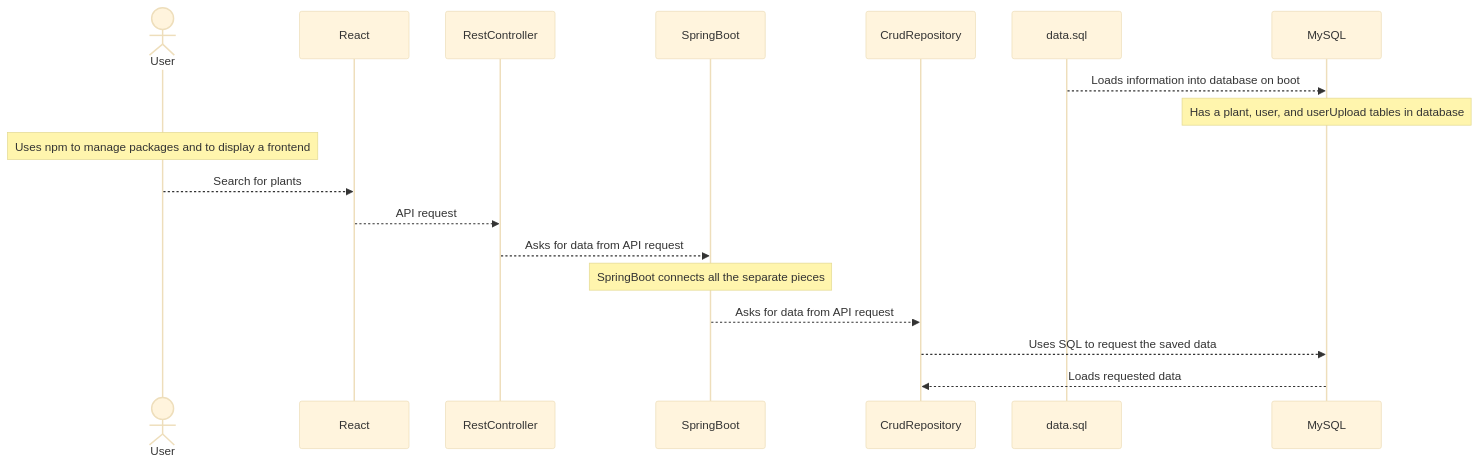
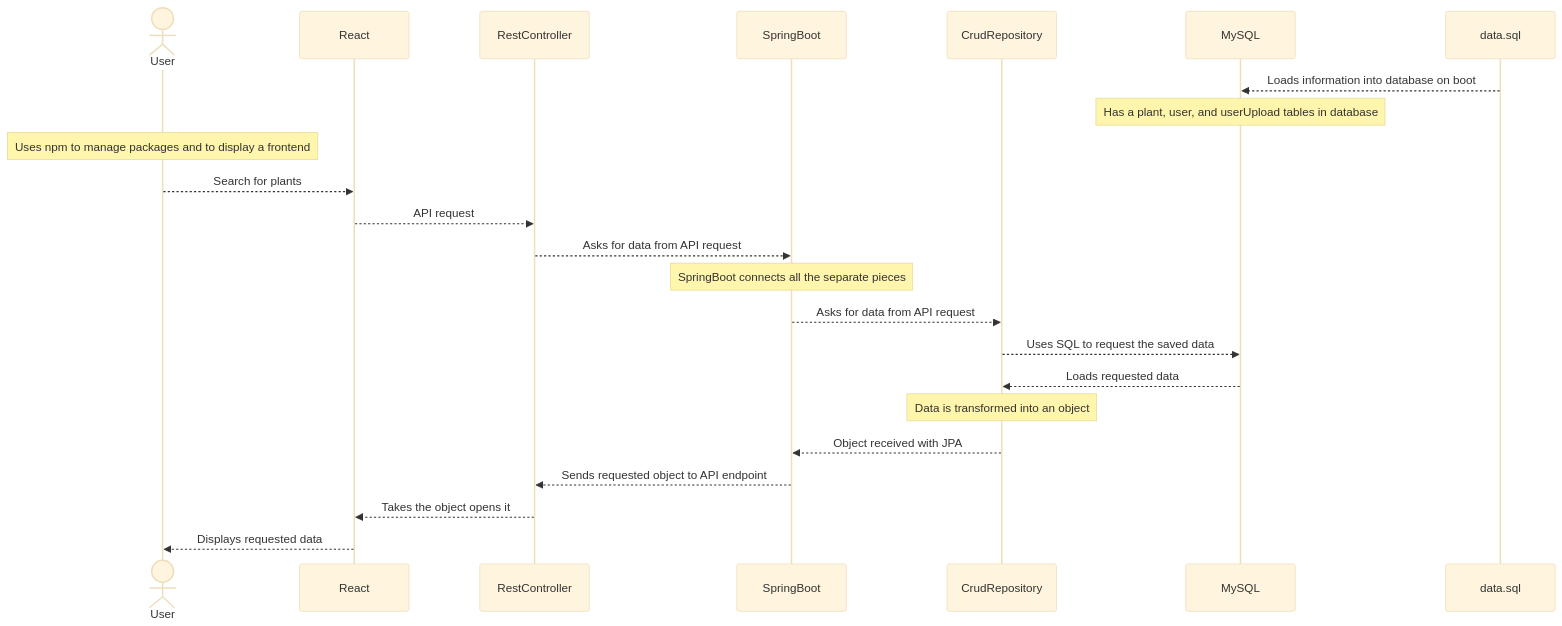
Before and after one commit to dawsonblack/UIP: the diagram in README.md, drawn with Mermaid (base theme).

````diff
--- a/README.md
+++ b/README.md
@@ -69,26 +69,33 @@
 ``` mermaid
 sequenceDiagram
 
 actor User
 participant React
 participant RestController
 participant SpringBoot
 participant CrudRepository
+participant MySQL
 participant data.sql
-participant MySQL
+
 
 data.sql -->> MySQL: Loads information into database on boot
 note over MySQL: Has a plant, user, and userUpload tables in database
 note over User: Uses npm to manage packages and to display a frontend
 
 User -->> React: Search for plants
 React -->> RestController: API request
 RestController -->> SpringBoot: Asks for data from API request
 note over SpringBoot: SpringBoot connects all the separate pieces
 
 SpringBoot -->> CrudRepository: Asks for data from API request
 CrudRepository -->> MySQL: Uses SQL to request the saved data
 
 MySQL -->> CrudRepository: Loads requested data
+note over CrudRepository: Data is transformed into an object
+CrudRepository -->> SpringBoot: Object received with JPA
+
+SpringBoot -->> RestController: Sends requested object to API endpoint
+RestController -->> React: Takes the object opens it
+React -->> User: Displays requested data
 
 ```
````
